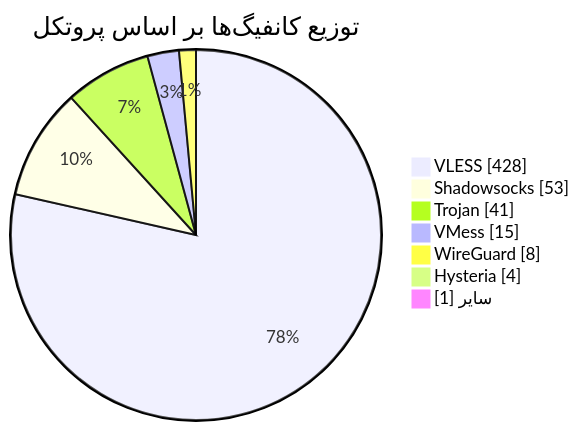
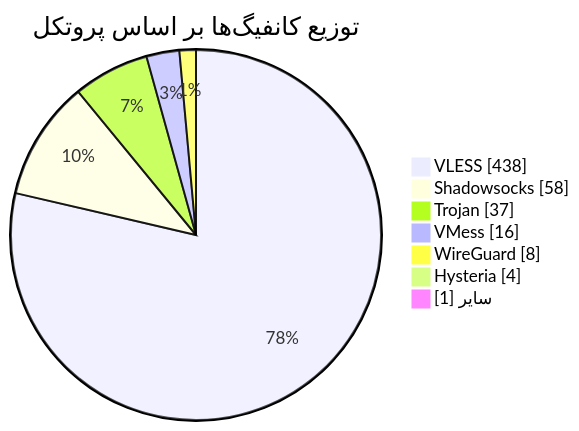
The diagram in README.md (Arian-Alijani/Somthing), drawn with Mermaid before and after one commit. The commit also changed other lines of this file and 15 other files, not shown here.

````diff
--- a/README.md
+++ b/README.md
@@ -49,11 +49,11 @@
 ```mermaid
 pie showData
     title توزیع کانفیگ‌ها بر اساس پروتکل
-    "VLESS" : 428
-    "Shadowsocks" : 53
-    "Trojan" : 41
-    "VMess" : 15
+    "VLESS" : 438
+    "Shadowsocks" : 58
+    "Trojan" : 37
+    "VMess" : 16
     "WireGuard" : 8
     "Hysteria" : 4
     "سایر" : 1
 ```
````
